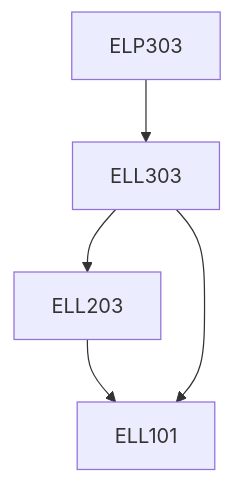
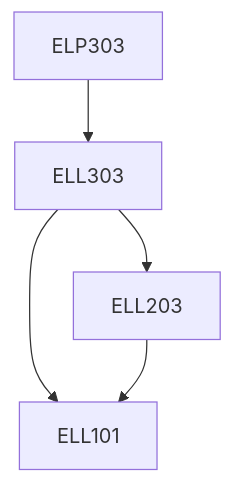
One commit to KeshavBansal0122/CoS_Website changed the diagram in content/Electrical Engineering/ELP303.md. Above: the diagram before and after it, drawn with Mermaid. The commit also changed other lines of this file and 2662 other files, not shown here.

````diff
--- a/content/Electrical Engineering/ELP303.md
+++ b/content/Electrical Engineering/ELP303.md
@@ -13,11 +13,11 @@
 ```mermaid
 flowchart TD
 ELP303-384[ELP303]
+ELL303-384 --> ELL203-384[ELL203]
+ELL303-384 --> ELL101-384[ELL101]
 ELL203-384 --> ELL101-384[ELL101]
 ELP303-384 --> ELL303-384[ELL303]
-ELL303-384 --> ELL203-384[ELL203]
-ELL303-384 --> ELL101-384[ELL101]
 
 classDef empty height:17px, fill:transparent, stroke:transparent;
 classDef trueEmpty height:0px, width:0px;
 ```
````
